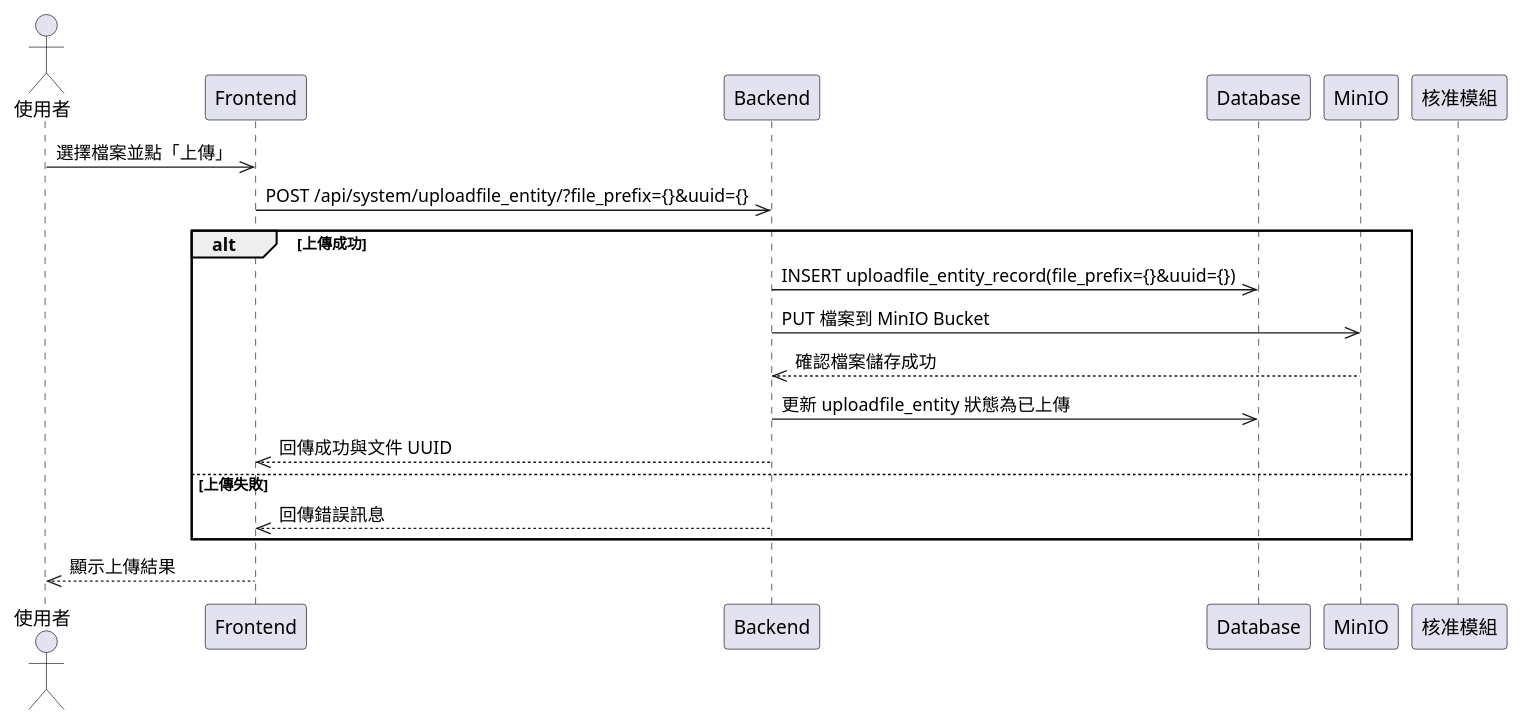
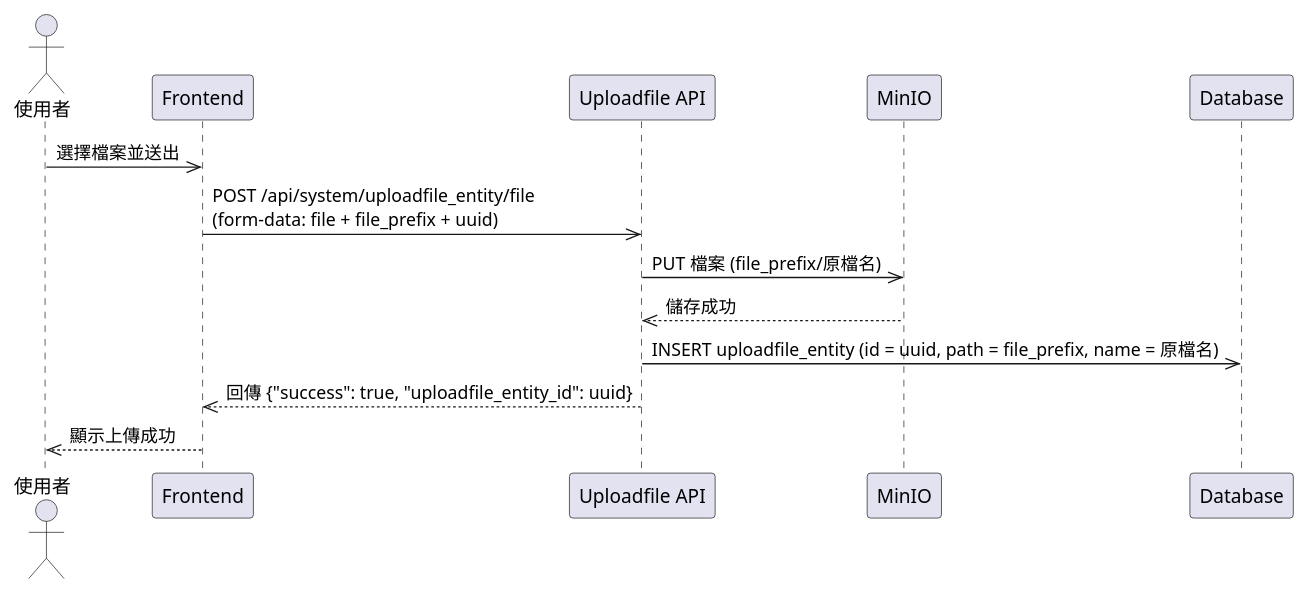
Before and after one commit to walle45611/NTUB_SecuManag_Diagram: the diagram in plantUML/sequence/file_upload.puml, drawn with PlantUML. The commit also changed 12 other files, not shown here.

Commit message:
feat: 更新多個流程圖，整合 AI 評估與核准流程，增強可讀性與結構

```diff
--- a/plantUML/sequence/file_upload.puml
+++ b/plantUML/sequence/file_upload.puml
@@ -1,23 +1,16 @@
 @startuml
 actor User as "使用者"
 participant Frontend
-participant Backend
+participant "Uploadfile API" as UploadAPI
+participant MinIO
 participant Database
-participant MinIO
-participant Approval as "核准模組"
 
-User ->> Frontend: 選擇檔案並點「上傳」
-Frontend ->> Backend: POST /api/system/uploadfile_entity/?file_prefix={}&uuid={}
+User ->> Frontend: 選擇檔案並送出
+Frontend ->> UploadAPI: POST /api/system/uploadfile_entity/file\n(form-data: file + file_prefix + uuid)
+UploadAPI ->> MinIO: PUT 檔案 (file_prefix/原檔名)
+MinIO -->> UploadAPI: 儲存成功
+UploadAPI ->> Database: INSERT uploadfile_entity (id = uuid, path = file_prefix, name = 原檔名)
+UploadAPI -->> Frontend: 回傳 {"success": true, "uploadfile_entity_id": uuid}
+Frontend -->> User: 顯示上傳成功
 
-alt 上傳成功
-    Backend ->> Database: INSERT uploadfile_entity_record(file_prefix={}&uuid={})
-    Backend ->> MinIO: PUT 檔案到 MinIO Bucket
-    MinIO -->> Backend: 確認檔案儲存成功
-    Backend ->> Database: 更新 uploadfile_entity 狀態為已上傳
-    Backend -->> Frontend: 回傳成功與文件 UUID
-else 上傳失敗
-    Backend -->> Frontend: 回傳錯誤訊息
-end
-
-Frontend -->> User: 顯示上傳結果
 @enduml
```
